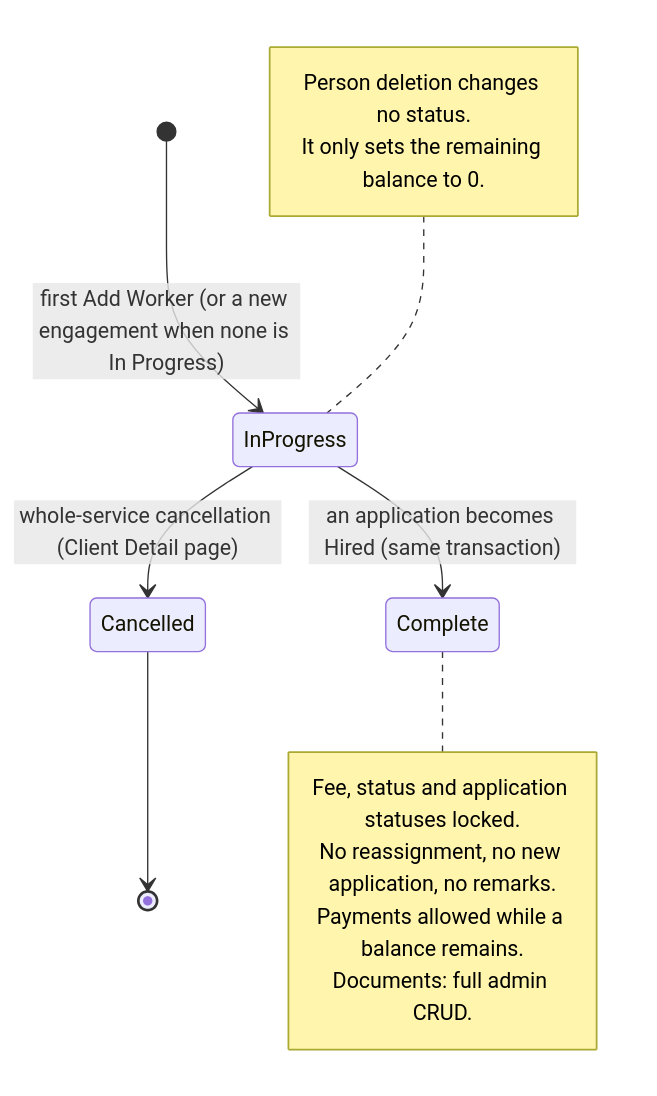
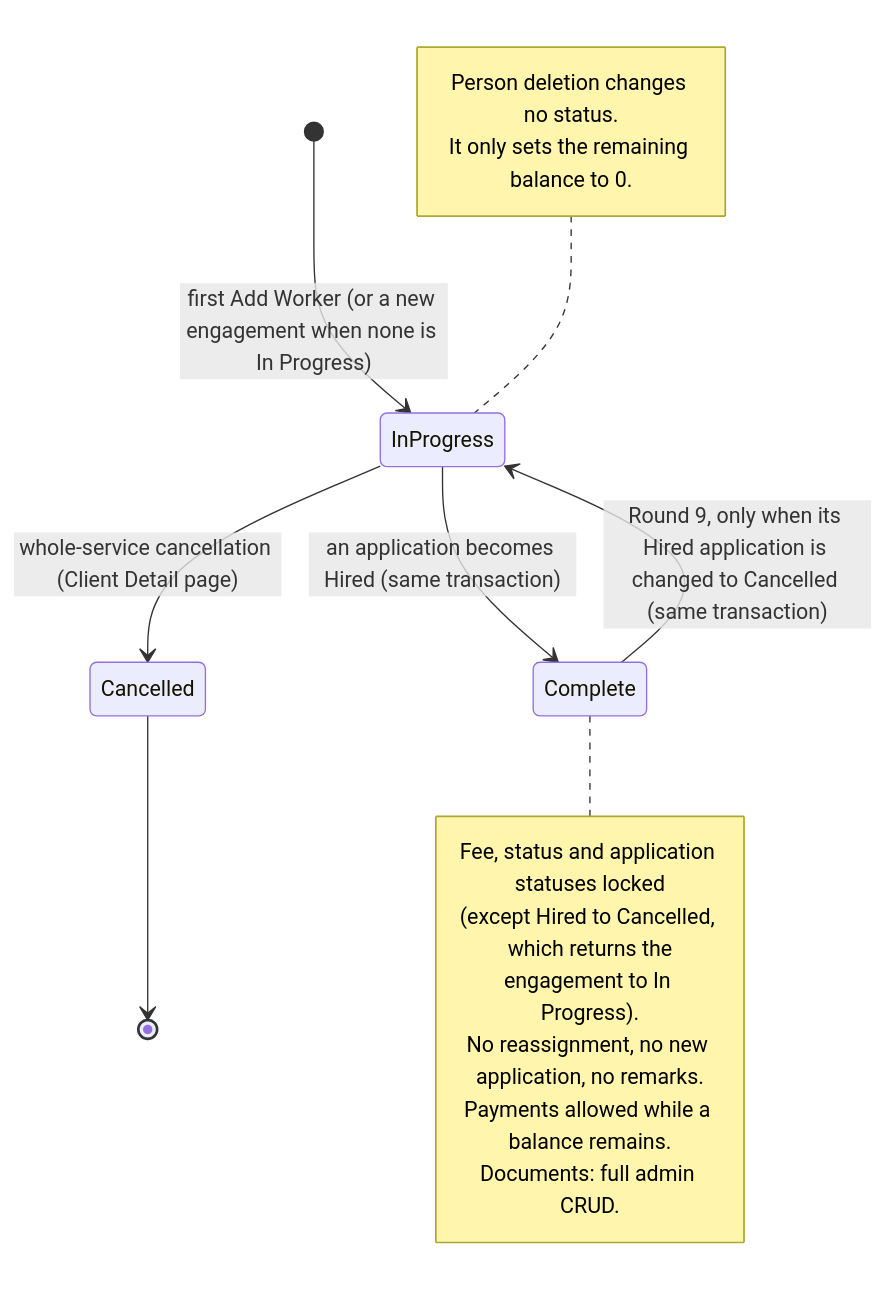
One commit to Zin-Mg-Nyunt/Thai_Visa_Services changed the third of 5 diagrams in Project Resource/Thai Visa Management Web App – High-Level Design (v0.9).md. Above: the diagram before and after it, drawn with Mermaid. The commit also changed other lines of this file and 44 other files, not shown here.

First line of the commit message:
Phase 4 steps 9-10 (round 9-10): close job order, Hired -> Cancelled, live Money, same-order reapplication

````diff
--- a/Project Resource/Thai Visa Management Web App – High-Level Design (v0.9).md
+++ b/Project Resource/Thai Visa Management Web App – High-Level Design (v0.9).md
@@ -304,17 +324,20 @@
 ```mermaid
 stateDiagram-v2
     [*] --> InProgress : first Add Worker (or a new engagement when none is In Progress)
     InProgress --> Complete : an application becomes Hired (same transaction)
+    Complete --> InProgress : Round 9, only when its Hired application is changed to Cancelled (same transaction)
     InProgress --> Cancelled : whole-service cancellation (Client Detail page)
     Cancelled --> [*]
     note left of InProgress
       Person deletion changes no status.
       It only sets the remaining balance to 0.
     end note
     note right of Complete
-      Fee, status and application statuses locked.
+      Fee, status and application statuses locked
+      (except Hired to Cancelled, which returns the
+      engagement to In Progress).
       No reassignment, no new application, no remarks.
       Payments allowed while a balance remains.
       Documents: full admin CRUD.
     end note
 ```
````
